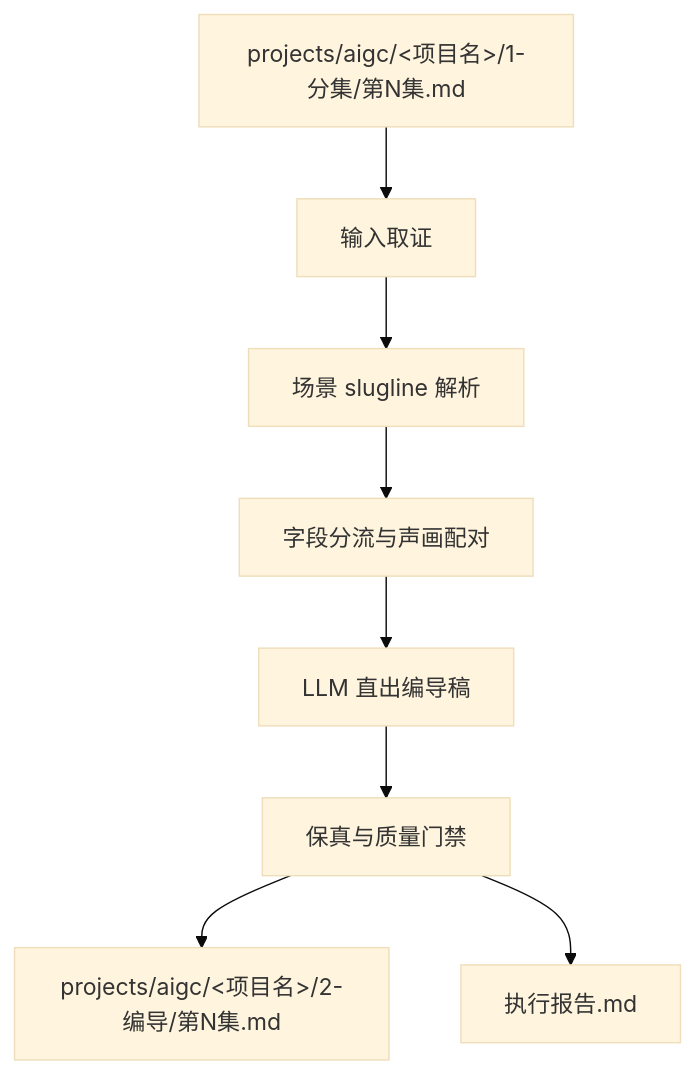
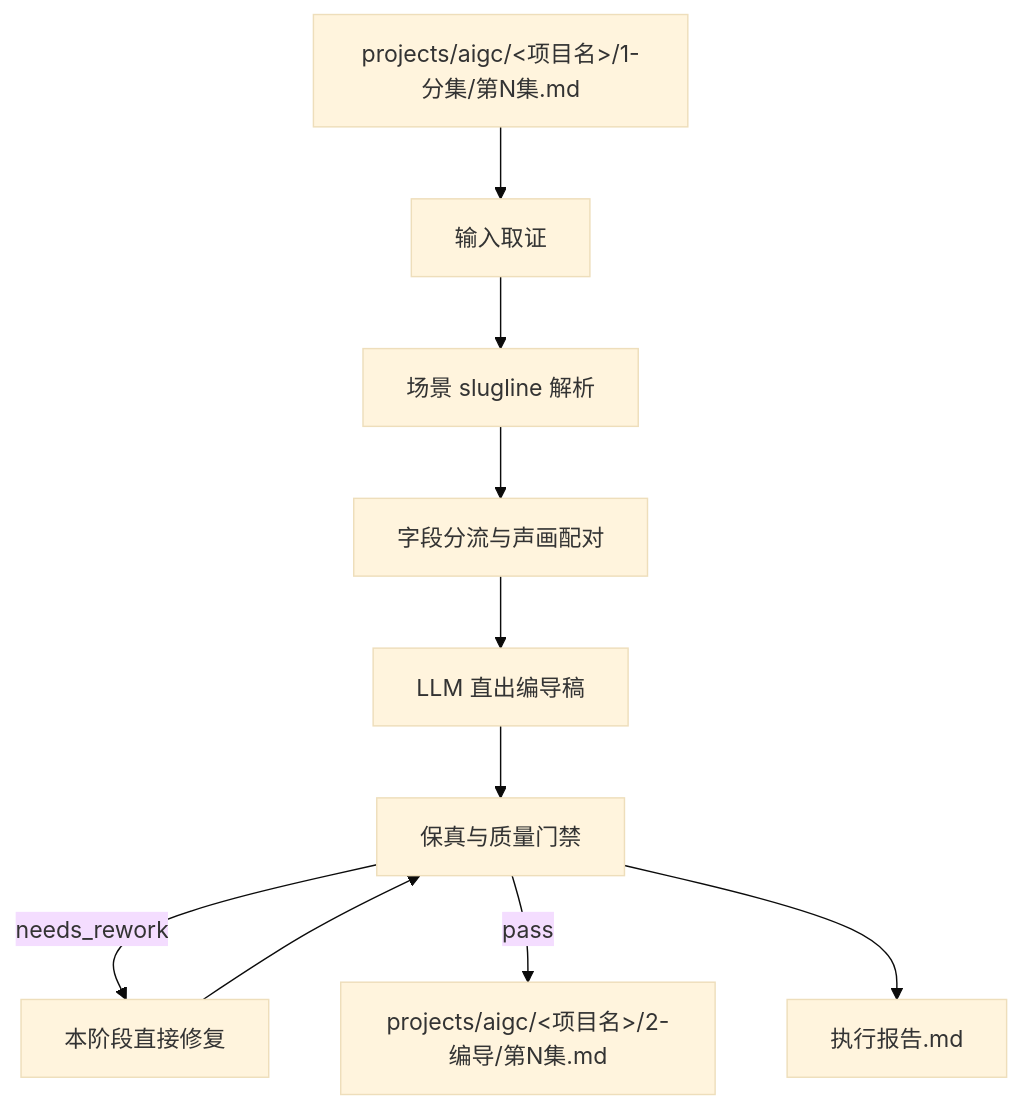
One commit to ZEN-VOID/AI-CUT changed the first of 2 diagrams in .agents/skills/aigc/2-编导/SKILL.md. Above: the diagram before and after it, drawn with Mermaid (base theme). The commit also changed other lines of this file and 256 other files, not shown here.

````diff
--- a/.agents/skills/aigc/2-编导/SKILL.md
+++ b/.agents/skills/aigc/2-编导/SKILL.md
@@ -127,10 +147,12 @@
 ```mermaid
 flowchart TD
     A["projects/aigc/<项目名>/1-分集/第N集.md"] --> B["输入取证"]
     B --> C["场景 slugline 解析"]
     C --> D["字段分流与声画配对"]
     D --> E["LLM 直出编导稿"]
     E --> F["保真与质量门禁"]
-    F --> G["projects/aigc/<项目名>/2-编导/第N集.md"]
+    F -->|"needs_rework"| R["本阶段直接修复"]
+    R --> F
+    F -->|"pass"| G["projects/aigc/<项目名>/2-编导/第N集.md"]
     F --> H["执行报告.md"]
 ```
````
